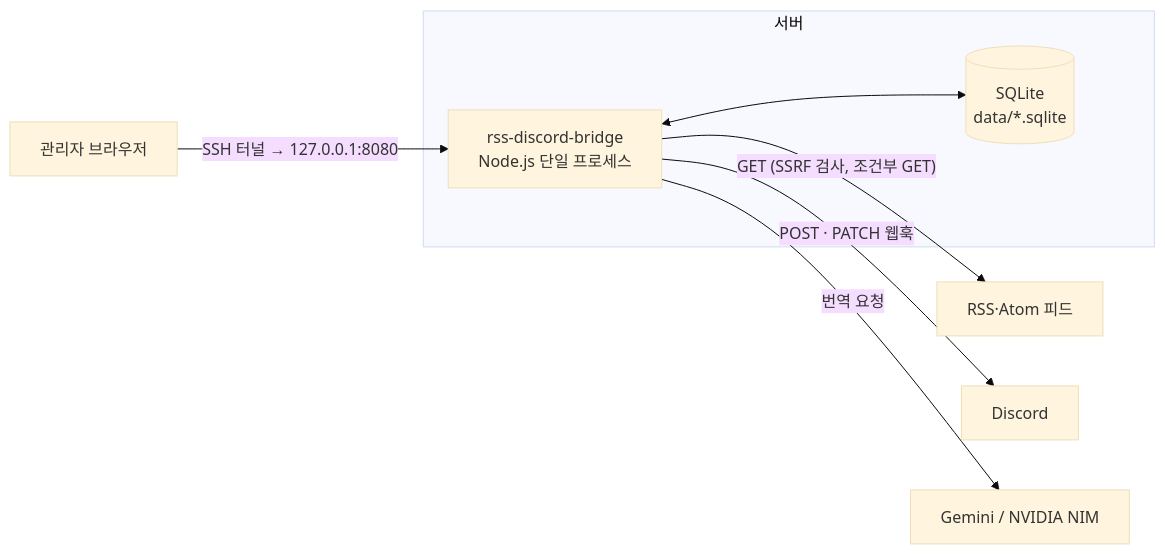
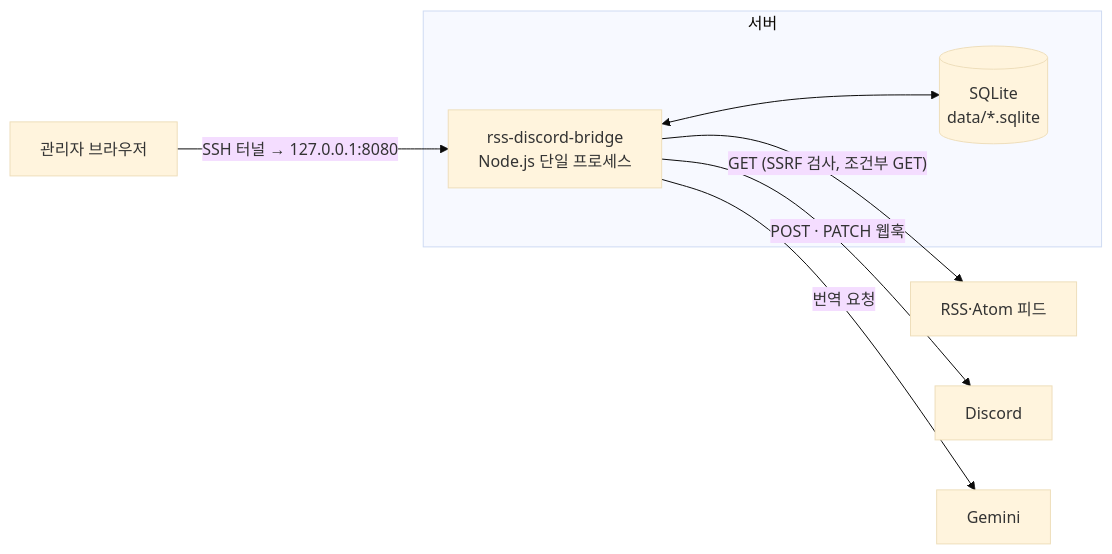
Before and after one commit to Genticca/Private-RSS-Delivery: the first of 10 diagrams in Docs/architecture.md, drawn with Mermaid (base theme). The commit also changed other lines of this file and 53 other files, not shown here.

````diff
--- a/Docs/architecture.md
+++ b/Docs/architecture.md
@@ -11,12 +11,12 @@
 ```mermaid
 flowchart LR
   ADM["관리자 브라우저"] -->|"SSH 터널 → 127.0.0.1:8080"| APP
   subgraph HOST["서버"]
     APP["rss-discord-bridge<br/>Node.js 단일 프로세스"]
     DB[("SQLite<br/>data/*.sqlite")]
     APP <--> DB
   end
   APP -->|"GET (SSRF 검사, 조건부 GET)"| FEED["RSS·Atom 피드"]
   APP -->|"POST · PATCH 웹훅"| DC["Discord"]
-  APP -->|"번역 요청"| AI["Gemini / NVIDIA NIM"]
+  APP -->|"번역 요청"| AI["Gemini"]
 ```
````
